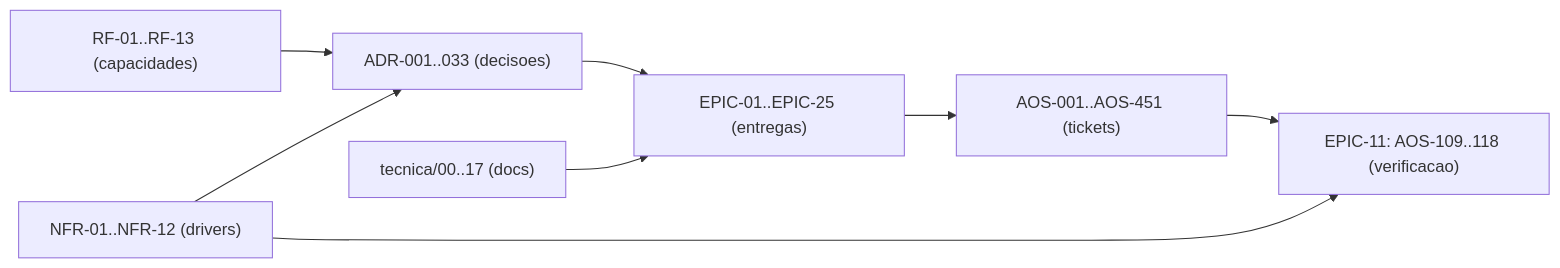
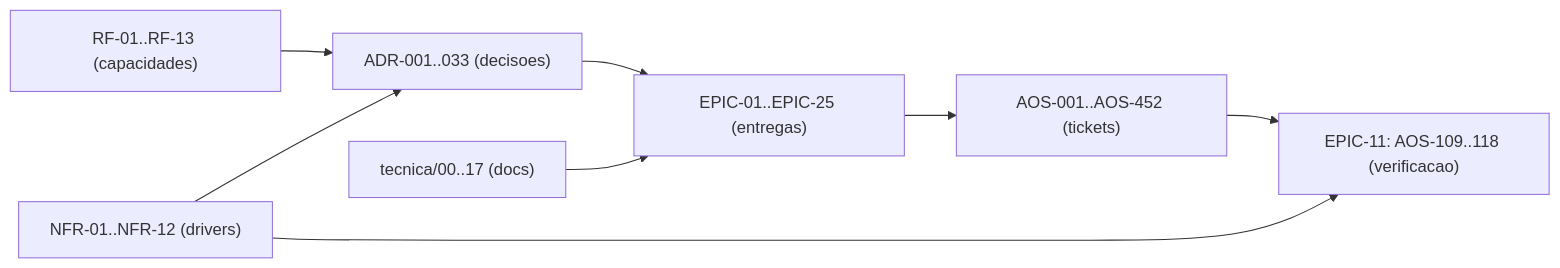
One commit to albinoJimy/aos changed the diagram in tecnica/16_Rastreabilidade_RTM.md. Above: the diagram before and after it, drawn with Mermaid. The commit also changed other lines of this file and 6 other files, not shown here.

````diff
--- a/tecnica/16_Rastreabilidade_RTM.md
+++ b/tecnica/16_Rastreabilidade_RTM.md
@@ -195,10 +195,10 @@
 ```mermaid
 flowchart LR
     RF["RF-01..RF-13 (capacidades)"] --> ADR["ADR-001..033 (decisoes)"]
     NFR["NFR-01..NFR-12 (drivers)"] --> ADR
     ADR --> EPIC["EPIC-01..EPIC-25 (entregas)"]
-    EPIC --> TICK["AOS-001..AOS-451 (tickets)"]
+    EPIC --> TICK["AOS-001..AOS-452 (tickets)"]
     DOC["tecnica/00..17 (docs)"] --> EPIC
     TICK --> TEST["EPIC-11: AOS-109..118 (verificacao)"]
     NFR --> TEST
 ```
````
